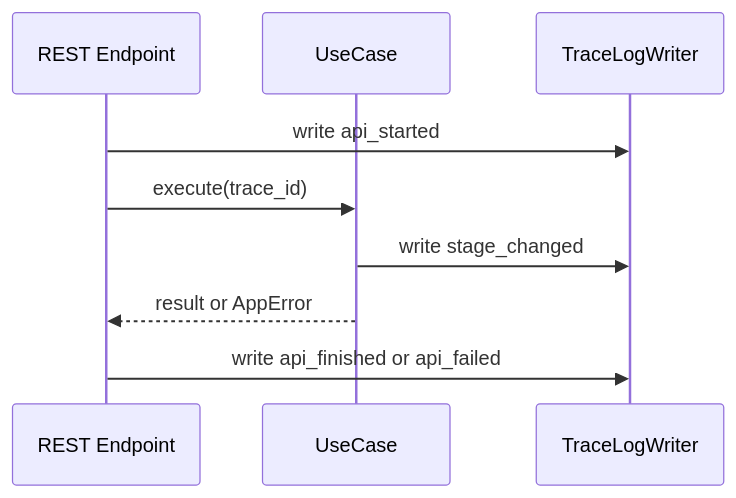
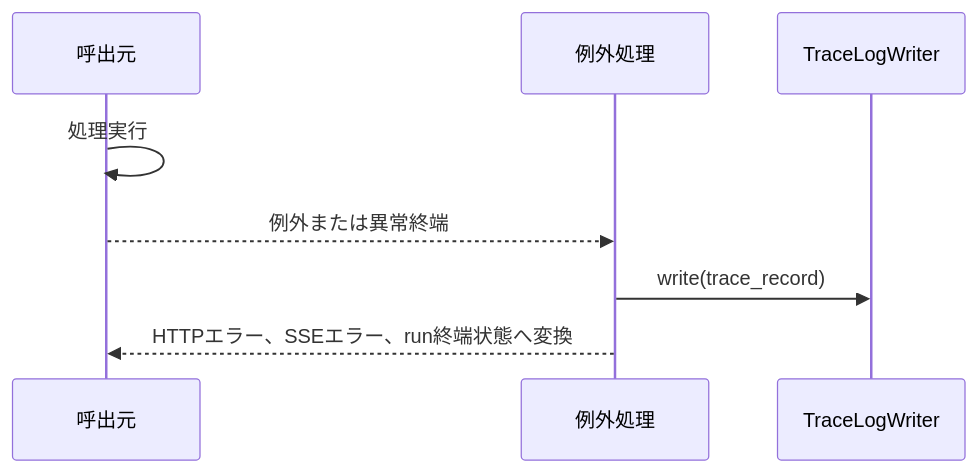
One commit to mincsys/D-Concierge changed the diagram in docs/03_内部設計/03_内部IF設計/トレースログIF.md. Above: the diagram before and after it, drawn with Mermaid. The commit also changed other lines of this file and 38 other files, not shown here.

````diff
--- a/docs/03_内部設計/03_内部IF設計/トレースログIF.md
+++ b/docs/03_内部設計/03_内部IF設計/トレースログIF.md
@@ -25,12 +26,11 @@
 ```mermaid
 sequenceDiagram
-    participant rest as REST Endpoint
-    participant usecase as UseCase
+    participant caller as 呼出元
+    participant handler as 例外処理
     participant logger as TraceLogWriter
 
-    rest->>logger: write api_started
-    rest->>usecase: execute(trace_id)
-    usecase->>logger: write stage_changed
-    usecase-->>rest: result or AppError
-    rest->>logger: write api_finished or api_failed
+    caller->>caller: 処理実行
+    caller-->>handler: 例外または異常終端
+    handler->>logger: write(trace_record)
+    handler-->>caller: HTTPエラー、SSEエラー、run終端状態へ変換
 ```
````
